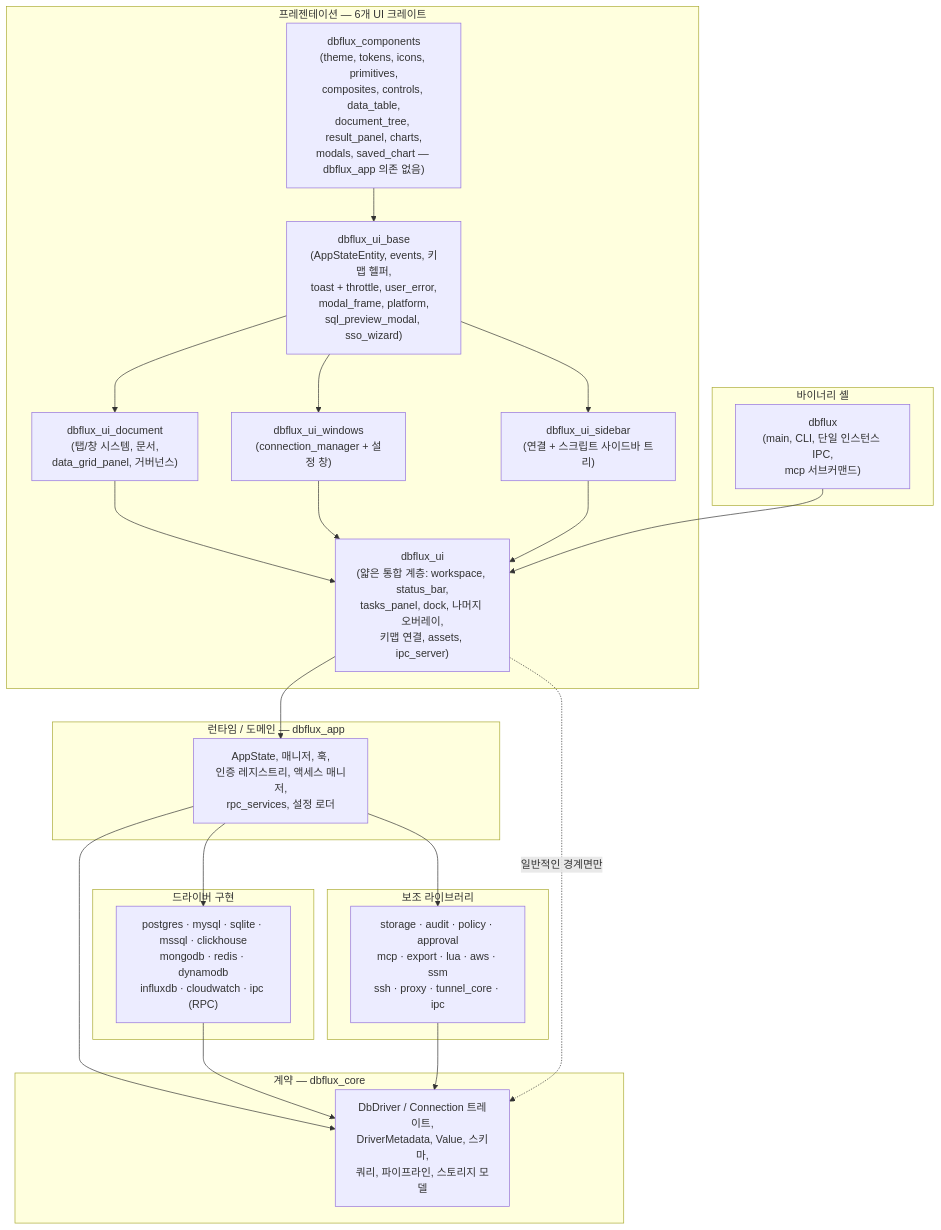
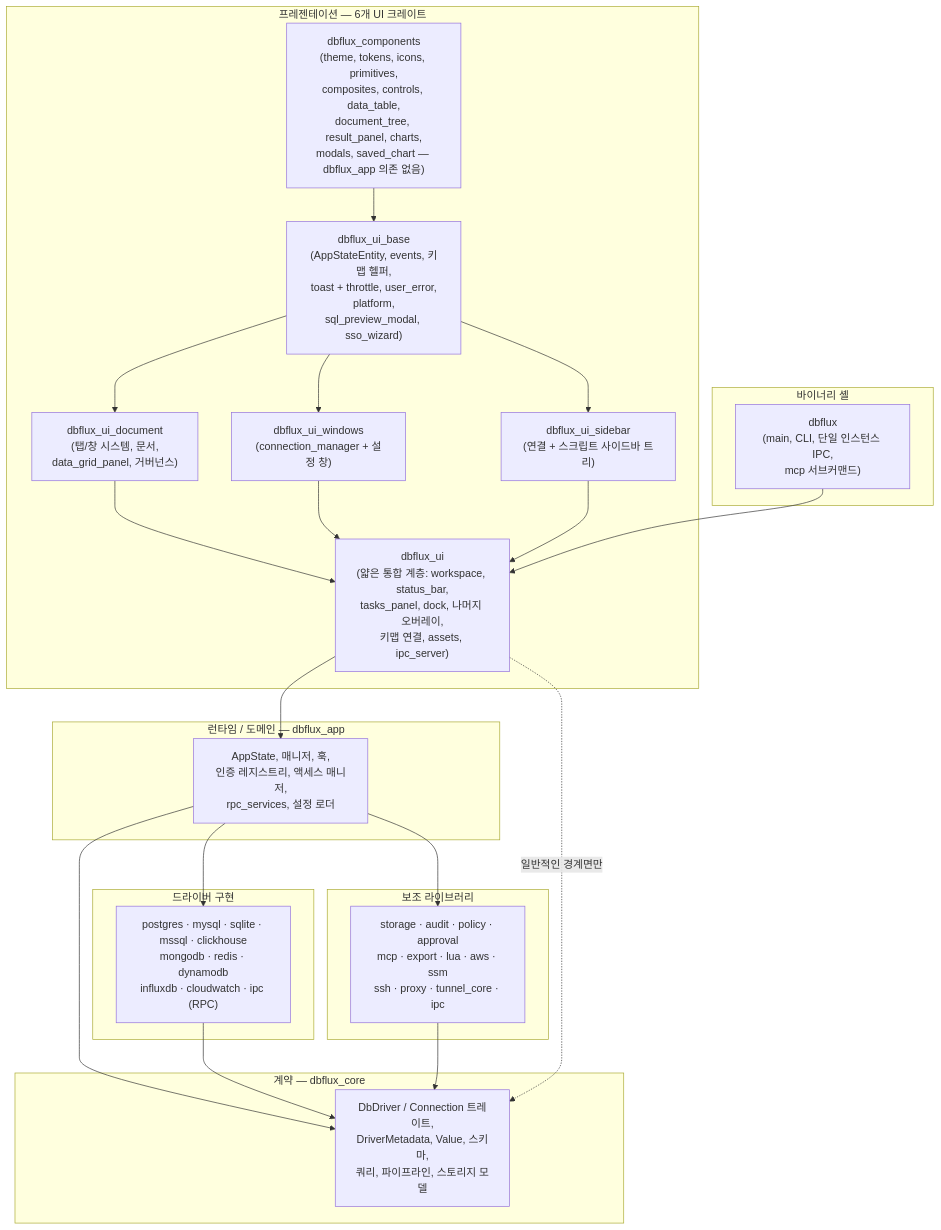
Before and after one commit to 0xErwin1/dbflux: the first of 3 diagrams in docs/ko/ARCHITECTURE.md, drawn with Mermaid. The commit also changed other lines of this file and 770 other files, not shown here.

````diff
--- a/docs/ko/ARCHITECTURE.md
+++ b/docs/ko/ARCHITECTURE.md
@@ -20,39 +20,39 @@
 ```mermaid
 flowchart TB
     subgraph Shell["바이너리 셸"]
         bin["dbflux<br/>(main, CLI, 단일 인스턴스 IPC,<br/>mcp 서브커맨드)"]
     end
 
     subgraph UI["프레젠테이션 — 6개 UI 크레이트"]
         uicomp["dbflux_components<br/>(theme, tokens, icons, primitives,<br/>composites, controls, data_table,<br/>document_tree, result_panel, charts,<br/>modals, saved_chart — dbflux_app 의존 없음)"]
-        uibase["dbflux_ui_base<br/>(AppStateEntity, events, 키맵 헬퍼,<br/>toast + throttle, user_error,<br/>modal_frame, platform,<br/>sql_preview_modal, sso_wizard)"]
+        uibase["dbflux_ui_base<br/>(AppStateEntity, events, 키맵 헬퍼,<br/>toast + throttle, user_error,<br/>platform,<br/>sql_preview_modal, sso_wizard)"]
         uidoc["dbflux_ui_document<br/>(탭/창 시스템, 문서,<br/>data_grid_panel, 거버넌스)"]
         uisidebar["dbflux_ui_sidebar<br/>(연결 + 스크립트 사이드바 트리)"]
         uiwindows["dbflux_ui_windows<br/>(connection_manager + 설정 창)"]
         uithin["dbflux_ui<br/>(얇은 통합 계층: workspace, status_bar,<br/>tasks_panel, dock, 나머지 오버레이,<br/>키맵 연결, assets, ipc_server)"]
         uicomp --> uibase --> uidoc & uiwindows & uisidebar --> uithin
     end
 
     subgraph Runtime["런타임 / 도메인 — dbflux_app"]
         app["AppState, 매니저, 훅,<br/>인증 레지스트리, 액세스 매니저,<br/>rpc_services, 설정 로더"]
     end
 
     subgraph Core["계약 — dbflux_core"]
         core["DbDriver / Connection 트레이트,<br/>DriverMetadata, Value, 스키마,<br/>쿼리, 파이프라인, 스토리지 모델"]
     end
 
     subgraph Drivers["드라이버 구현"]
         drv["postgres · mysql · sqlite · mssql · clickhouse<br/>mongodb · redis · dynamodb<br/>influxdb · cloudwatch · ipc (RPC)"]
     end
 
     subgraph Support["보조 라이브러리"]
         sup["storage · audit · policy · approval<br/>mcp · export · lua · aws · ssm<br/>ssh · proxy · tunnel_core · ipc"]
     end
 
     bin --> uithin --> app --> core
     drv --> core
     sup --> core
     app --> drv
     app --> sup
     uithin -. "일반적인 경계면만" .-> core
 ```
````
